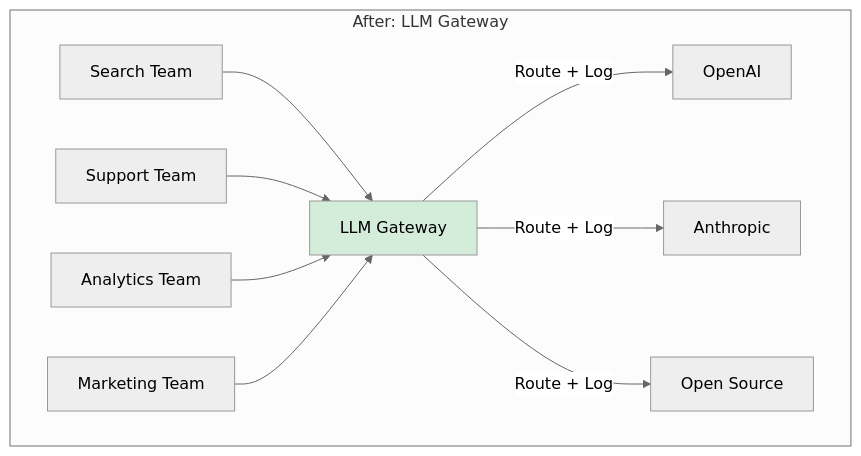
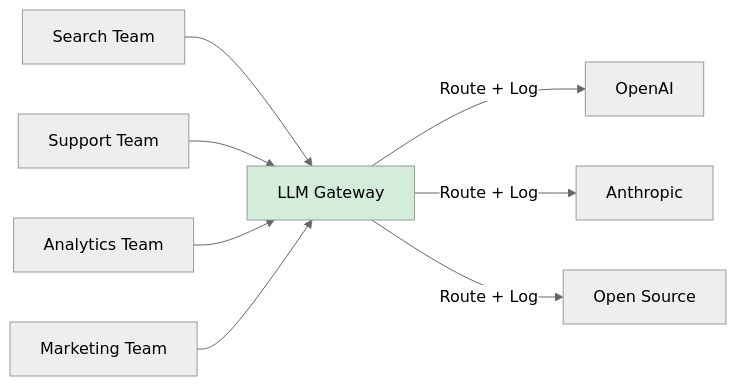
One commit to deepanshululla/deepanshululla.github.io changed the third of 3 diagrams in public/blogs/staff-engineers-path-create-shared-understanding.md. Above: the diagram before and after it, drawn with Mermaid (neutral theme). The commit also changed other lines of this file and 5 other files, not shown here.

````diff
--- a/public/blogs/staff-engineers-path-create-shared-understanding.md
+++ b/public/blogs/staff-engineers-path-create-shared-understanding.md
@@ -68,13 +74,11 @@
 ```mermaid
-graph TD
-    subgraph After: LLM Gateway
-        T1[Search Team] --> GW[LLM Gateway]
-        T2[Support Team] --> GW
-        T3[Analytics Team] --> GW
-        T4[Marketing Team] --> GW
-        GW -->|Route + Log| O1[OpenAI]
-        GW -->|Route + Log| A1[Anthropic]
-        GW -->|Route + Log| OS1[Open Source]
-        style GW fill:#d4edda
-    end
+graph LR
+    T1[Search Team] --> GW[LLM Gateway]
+    T2[Support Team] --> GW
+    T3[Analytics Team] --> GW
+    T4[Marketing Team] --> GW
+    GW -->|Route + Log| O1[OpenAI]
+    GW -->|Route + Log| A1[Anthropic]
+    GW -->|Route + Log| OS1[Open Source]
+    style GW fill:#d4edda
 ```
````
